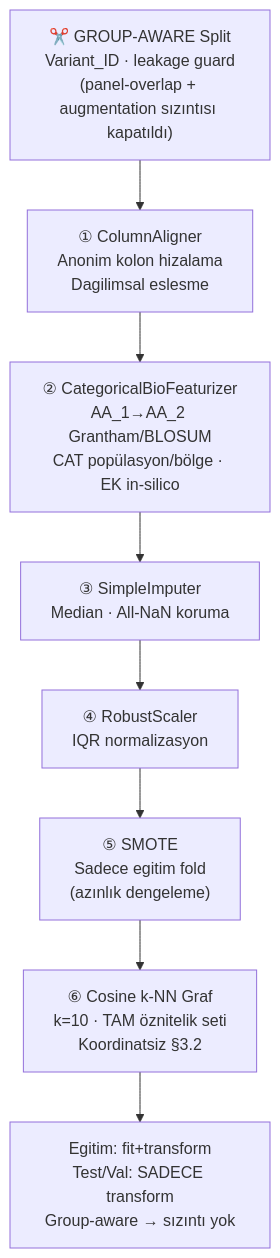
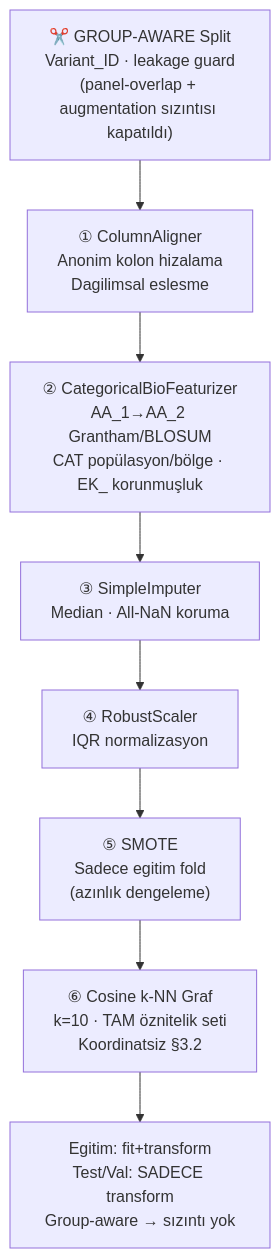
One commit to msgxr/VARIANT-GNN changed diagram 11 of 17 in README.md. Above: the diagram before and after it, drawn with Mermaid. The commit also changed other lines of this file and 8 other files, not shown here.

````diff
--- a/README.md
+++ b/README.md
@@ -650,16 +650,16 @@
 ```mermaid
 flowchart TD
     S0["✂️ GROUP-AWARE Split\nVariant_ID · leakage guard\n(panel-overlap + augmentation sızıntısı kapatıldı)"]
     S1["① ColumnAligner\nAnonim kolon hizalama\nDagilimsal eslesme"]
-    S2["② CategoricalBioFeaturizer\nAA_1→AA_2 Grantham/BLOSUM\nCAT popülasyon/bölge · EK in-silico"]
+    S2["② CategoricalBioFeaturizer\nAA_1→AA_2 Grantham/BLOSUM\nCAT popülasyon/bölge · EK_ korunmuşluk"]
     S3["③ SimpleImputer\nMedian · All-NaN koruma"]
     S4["④ RobustScaler\nIQR normalizasyon"]
     S6["⑤ SMOTE\nSadece egitim fold\n(azınlık dengeleme)"]
     S9["⑥ Cosine k-NN Graf\nk=10 · TAM öznitelik seti\nKoordinatsiz §3.2"]
 
     S0 --> S1 --> S2 --> S3 --> S4 --> S6 --> S9
 
     TR["Egitim: fit+transform\nTest/Val: SADECE transform\nGroup-aware → sızıntı yok"]
 
     S9 --> TR
 ```
````
